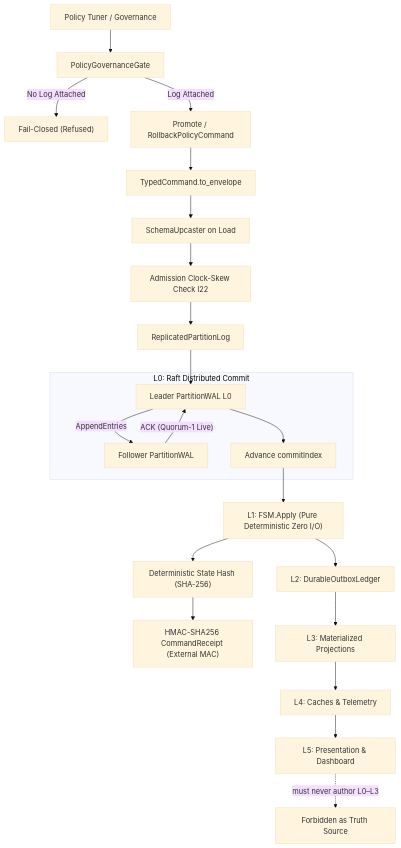
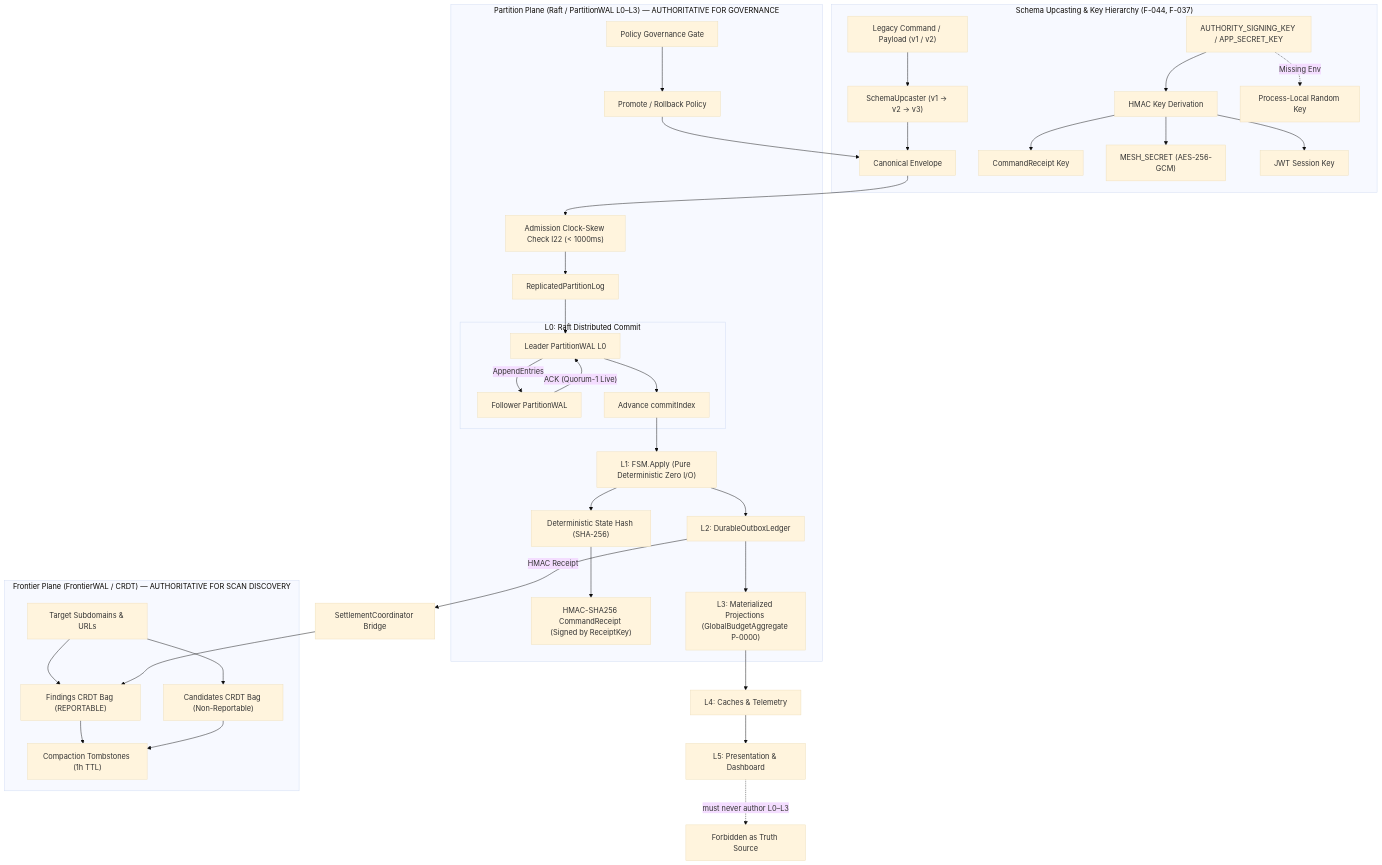
Before and after one commit to AviralGup7/Singularity-Zero: the third of 14 diagrams in docs/flowchart.md, drawn with Mermaid (base theme). The commit also changed other lines of this file, not shown here.

````diff
--- a/docs/flowchart.md
+++ b/docs/flowchart.md
@@ -178,26 +173,47 @@
 ```mermaid
 flowchart TD
-    Tuner["Policy Tuner / Governance"]:::impl --> Gate["PolicyGovernanceGate"]:::impl
-    Gate -->|No Log Attached| Closed["Fail-Closed (Refused)"]:::forbidden
-    Gate -->|Log Attached| Promo["Promote / RollbackPolicyCommand"]:::impl
-    Promo --> Typed["TypedCommand.to_envelope"]:::impl
-    Typed --> Up["SchemaUpcaster on Load"]:::impl
-    Up --> Admit["Admission Clock-Skew Check I22"]:::impl
-    Admit --> Log["ReplicatedPartitionLog"]:::impl
-    subgraph Raft["L0: Raft Distributed Commit"]
-        Leader["Leader PartitionWAL L0"]:::impl
-        F1["Follower PartitionWAL"]:::library
-        Leader -->|"AppendEntries"| F1
-        F1 -->|"ACK (Quorum-1 Live)"| Leader
-        Leader --> Commit["Advance commitIndex"]:::impl
+    subgraph Upcasting["Schema Upcasting & Key Hierarchy (F-044, F-037)"]
+        OldPayload["Legacy Command / Payload (v1 / v2)"]:::impl --> Upcaster["SchemaUpcaster (v1 → v2 → v3)"]:::impl
+        Upcaster --> Envelope["Canonical Envelope"]:::impl
+        MasterKey["AUTHORITY_SIGNING_KEY / APP_SECRET_KEY"]:::impl --> Derive["HMAC Key Derivation"]:::impl
+        Derive --> ReceiptKey["CommandReceipt Key"]:::impl
+        Derive --> MeshKey["MESH_SECRET (AES-256-GCM)"]:::impl
+        Derive --> JWTKey["JWT Session Key"]:::impl
+        MasterKey -.->|Missing Env| Fallback["Process-Local Random Key"]:::vacuous
     end
-    Log --> Leader
-    Commit --> Apply["L1: FSM.Apply (Pure Deterministic Zero I/O)"]:::impl
-    Apply --> StateHash["Deterministic State Hash (SHA-256)"]:::impl
-    StateHash --> Receipt["HMAC-SHA256 CommandReceipt (External MAC)"]:::impl
-    Apply --> Outbox["L2: DurableOutboxLedger"]:::impl
-    Outbox --> Proj["L3: Materialized Projections"]:::impl
+
+    subgraph PartitionPlane["Partition Plane (Raft / PartitionWAL L0–L3) — AUTHORITATIVE FOR GOVERNANCE"]
+        Tuner["Policy Governance Gate"]:::impl --> Promo["Promote / Rollback Policy"]:::impl
+        Promo --> Envelope
+        Envelope --> Admit["Admission Clock-Skew Check I22 (< 1000ms)"]:::impl
+        Admit --> Log["ReplicatedPartitionLog"]:::impl
+        
+        subgraph Raft["L0: Raft Distributed Commit"]
+            Leader["Leader PartitionWAL L0"]:::impl
+            F1["Follower PartitionWAL"]:::library
+            Leader -->|"AppendEntries"| F1
+            F1 -->|"ACK (Quorum-1 Live)"| Leader
+            Leader --> Commit["Advance commitIndex"]:::impl
+        end
+        Log --> Leader
+        Commit --> Apply["L1: FSM.Apply (Pure Deterministic Zero I/O)"]:::impl
+        Apply --> StateHash["Deterministic State Hash (SHA-256)"]:::impl
+        StateHash --> Receipt["HMAC-SHA256 CommandReceipt (Signed by ReceiptKey)"]:::impl
+        Apply --> Outbox["L2: DurableOutboxLedger"]:::impl
+        Outbox --> Proj["L3: Materialized Projections (GlobalBudgetAggregate P-0000)"]:::impl
+    end
+    
+    subgraph FrontierPlane["Frontier Plane (FrontierWAL / CRDT) — AUTHORITATIVE FOR SCAN DISCOVERY"]
+        F_Targets["Target Subdomains & URLs"]:::impl
+        F_Findings["Findings CRDT Bag (REPORTABLE)"]:::impl
+        F_Candidates["Candidates CRDT Bag (Non-Reportable)"]:::impl
+        F_Tombstones["Compaction Tombstones (1h TTL)"]:::impl
+        F_Targets --> F_Findings & F_Candidates --> F_Tombstones
+    end
+    
+    Outbox -->|"HMAC Receipt"| Bridge["SettlementCoordinator Bridge"]:::impl
+    Bridge --> F_Findings
     Proj --> Cache["L4: Caches & Telemetry"]:::impl
     Cache --> UI["L5: Presentation & Dashboard"]:::impl
     UI -.->|"must never author L0–L3"| Forbidden["Forbidden as Truth Source"]:::forbidden
 ```
````
